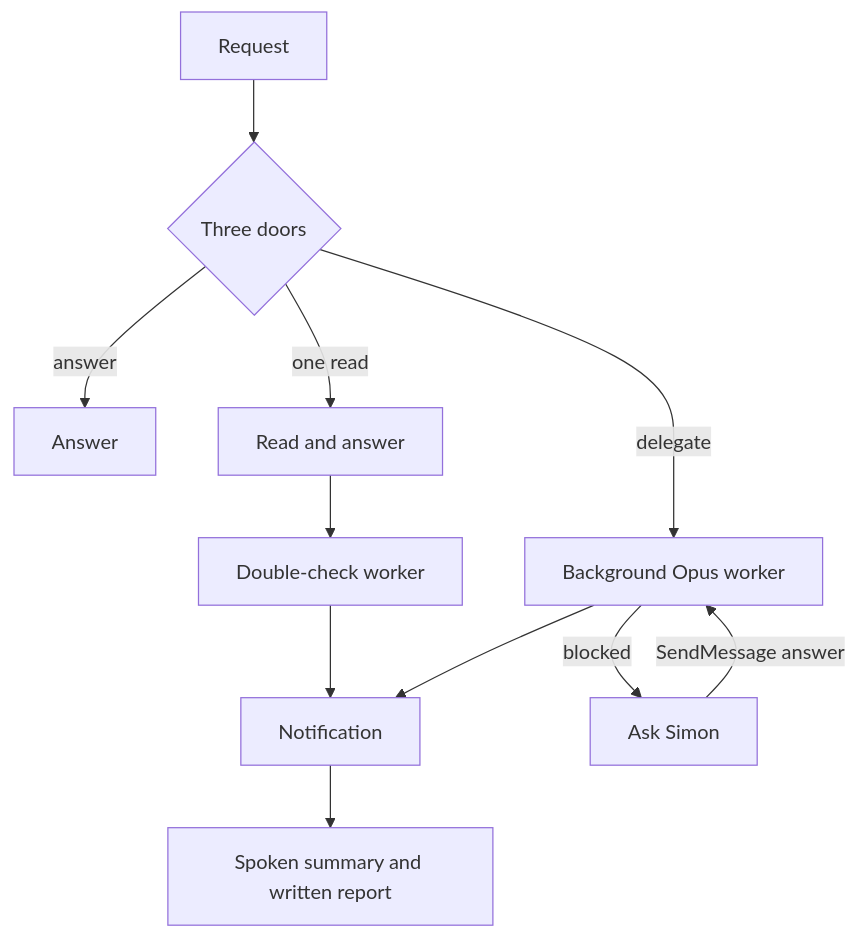
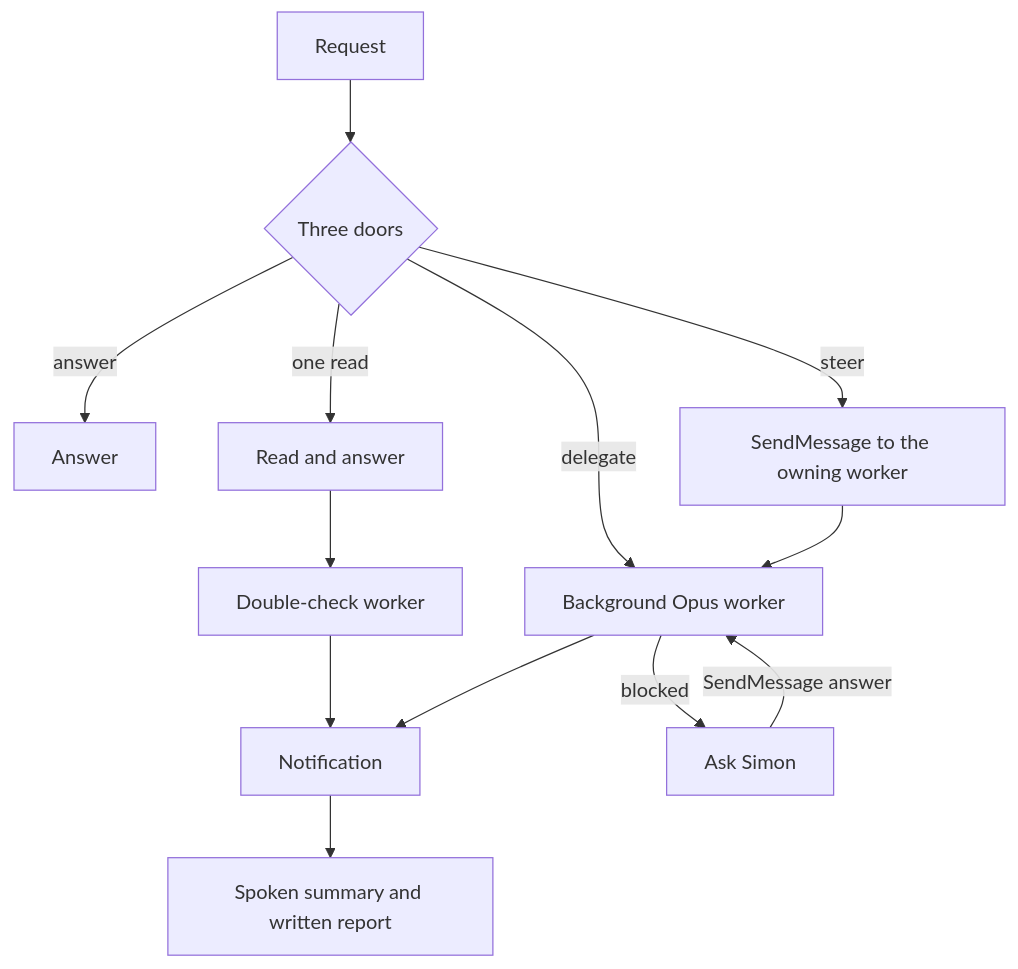
Before and after one commit to bahatron/dotfiles: the diagram in files/.claude/skills/assistant/SKILL.md, drawn with Mermaid. The commit also changed other lines of this file and 3 other files, not shown here.

````diff
--- a/files/.claude/skills/assistant/SKILL.md
+++ b/files/.claude/skills/assistant/SKILL.md
@@ -71,13 +71,15 @@
 ```mermaid
 flowchart TB
   R[Request] --> D{Three doors}
   D -->|answer| A[Answer]
   D -->|one read| O[Read and answer]
   D -->|delegate| W[Background Opus worker]
+  D -->|steer| S[SendMessage to the owning worker]
+  S --> W
   O --> C[Double-check worker]
   W --> N[Notification]
   C --> N
   W -->|blocked| B[Ask Simon]
   B -->|SendMessage answer| W
   N --> P[Spoken summary and written report]
 ```
````
